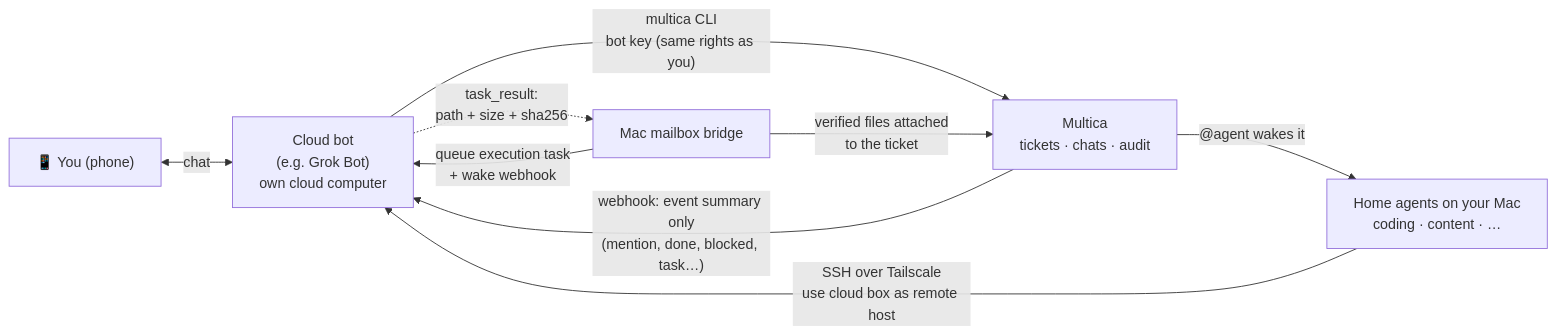
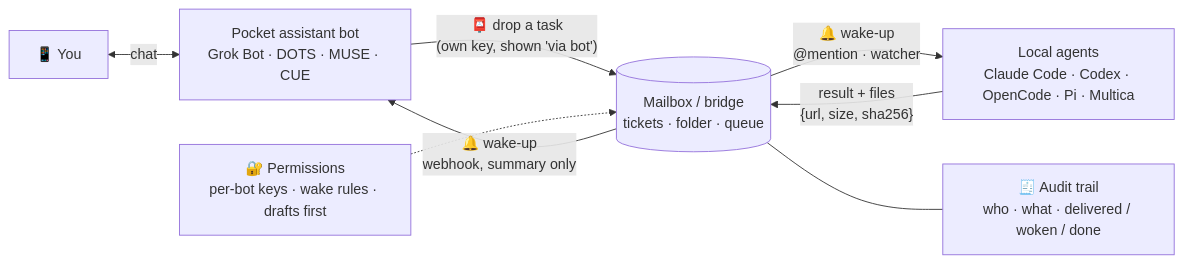
The diagram in README.md (kkunkunya/virtual-bot-connect), drawn with Mermaid before and after one commit. The commit also changed other lines of this file and 26 other files, not shown here.

````diff
--- a/README.md
+++ b/README.md
@@ -25,11 +63,10 @@
 ```mermaid
 flowchart LR
-  You["📱 You (phone)"] <-->|chat| Bot["Cloud bot<br/>(e.g. Grok Bot)<br/>own cloud computer"]
-  Bot -->|"multica CLI<br/>bot key (same rights as you)"| M["Multica<br/>tickets · chats · audit"]
-  M -->|"@agent wakes it"| A["Home agents on your Mac<br/>coding · content · …"]
-  M -->|"webhook: event summary only<br/>(mention, done, blocked, task…)"| Bot
-  A -->|"SSH over Tailscale<br/>use cloud box as remote host"| Bot
-  Bridge["Mac mailbox bridge"] -->|"queue execution task<br/>+ wake webhook"| Bot
-  Bot -.->|"task_result:<br/>path + size + sha256"| Bridge
-  Bridge -->|"verified files attached<br/>to the ticket"| M
+  You["📱 You"] <-->|chat| Bot["Pocket assistant bot<br/>Grok Bot · DOTS · MUSE · CUE"]
+  Bot -->|"📮 drop a task<br/>(own key, shown 'via bot')"| Box[("Mailbox / bridge<br/>tickets · folder · queue")]
+  Box -->|"🔔 wake-up<br/>@mention · watcher"| Agents["Local agents<br/>Claude Code · Codex · OpenCode · Pi · Multica"]
+  Agents -->|"result + files<br/>{url, size, sha256}"| Box
+  Box -->|"🔔 wake-up<br/>webhook, summary only"| Bot
+  Box --- Log["🧾 Audit trail<br/>who · what · delivered / woken / done"]
+  Rules["🔐 Permissions<br/>per-bot keys · wake rules · drafts first"] -.-> Box
 ```
````
